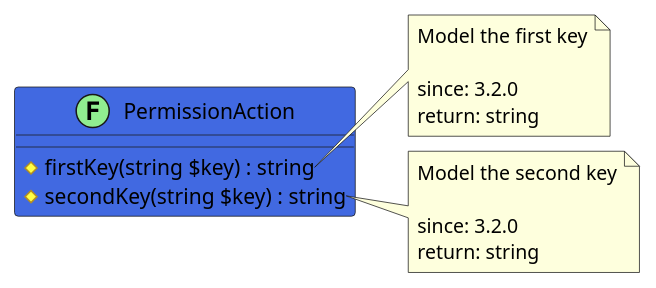
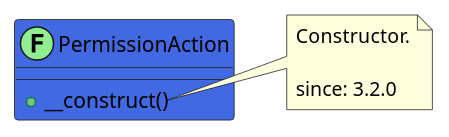
The diagram in src/2528f2bb-6ebc-4d55-9a9d-23ef58534c1a/README.md (joomengine/jcb-compiler), drawn with PlantUML before and after one commit. The commit also changed other lines of this file and 272 other files, not shown here.

````diff
--- a/src/2528f2bb-6ebc-4d55-9a9d-23ef58534c1a/README.md
+++ b/src/2528f2bb-6ebc-4d55-9a9d-23ef58534c1a/README.md
@@ -12,23 +12,14 @@
 ```uml
 @startuml
 class PermissionAction << (F,LightGreen) >> #RoyalBlue {
-  # firstKey(string $key) : string
-  # secondKey(string $key) : string
+  + __construct()
 }
 
-note right of PermissionAction::firstKey
-  Model the first key
+note right of PermissionAction::__construct
+  Constructor.
 
   since: 3.2.0
-  return: string
-end note
-
-note right of PermissionAction::secondKey
-  Model the second key
-
-  since: 3.2.0
-  return: string
 end note
  
 @enduml
 ```
````
